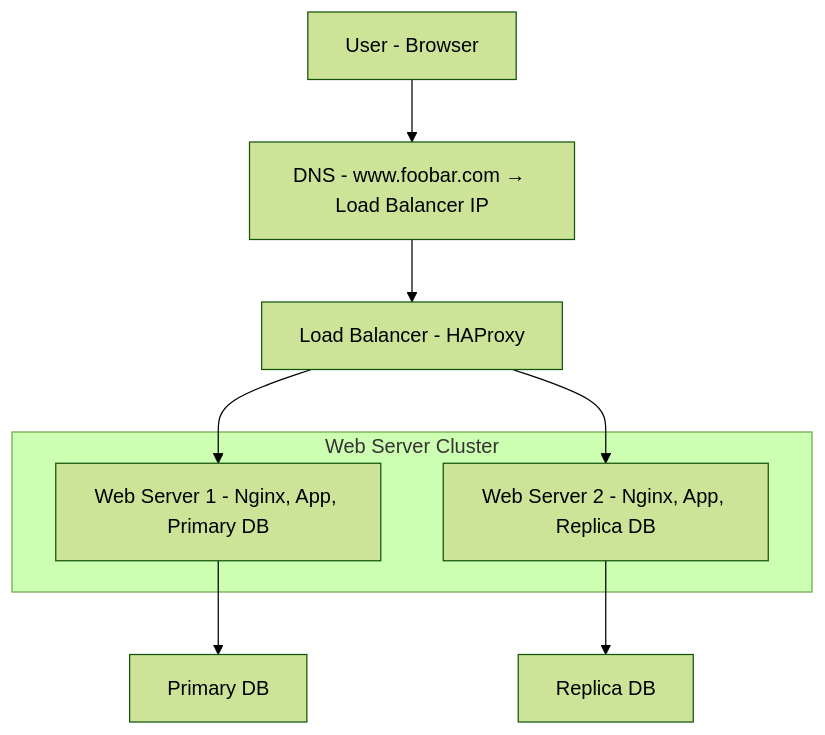
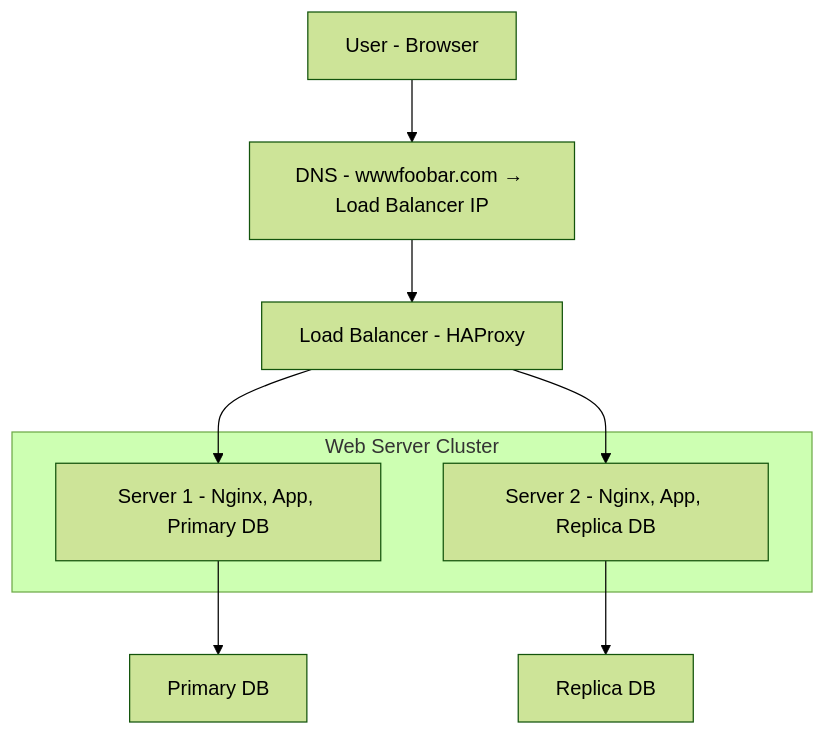
The diagram in web_infrastructure_design/1-distributed_web_infrastructure.md (ahmedguindou/holbertonschool-system_engineering-devops), drawn with Mermaid (forest theme) before and after one commit. The commit also changed other lines of this file, not shown here.

Commit message:
web_infrastructure_design

````diff
--- a/web_infrastructure_design/1-distributed_web_infrastructure.md
+++ b/web_infrastructure_design/1-distributed_web_infrastructure.md
@@ -11,17 +11,17 @@
 ```mermaid
 graph TD
     User[User - Browser]
-    DNS[DNS - www.foobar.com → Load Balancer IP]
+    DNS[DNS - wwwfoobar.com → Load Balancer IP]
     LB[Load Balancer - HAProxy]
 
     subgraph Web Server Cluster
-        S1[Web Server 1 - Nginx, App, Primary DB]
-        S2[Web Server 2 - Nginx, App, Replica DB]
+        S1[Server 1 - Nginx, App, Primary DB]
+        S2[Server 2 - Nginx, App, Replica DB]
     end
 
     User --> DNS --> LB
     LB --> S1
     LB --> S2
     S1 --> DBPrimary[Primary DB]
     S2 --> DBReplica[Replica DB]
 ```
````
